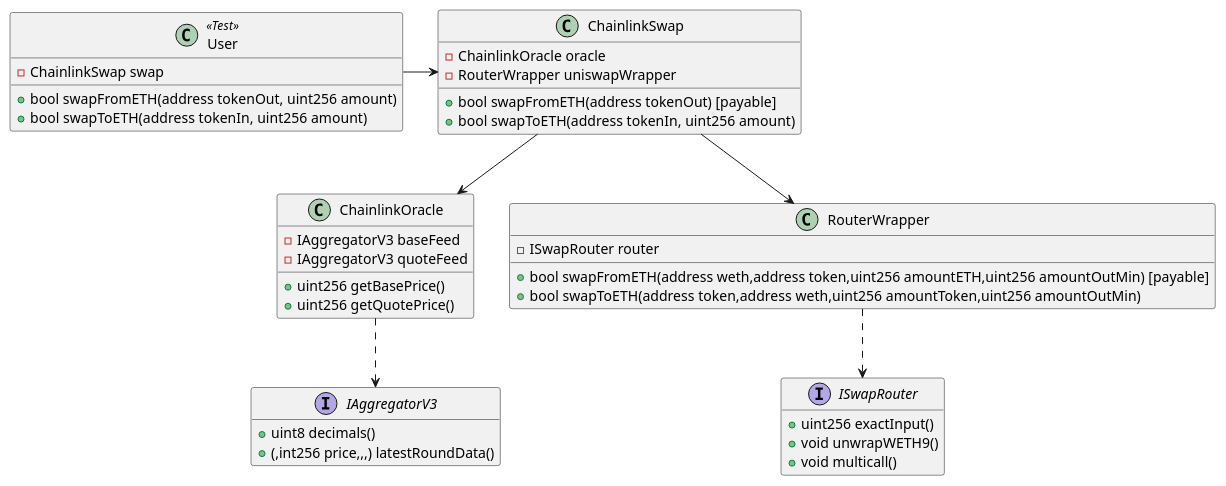
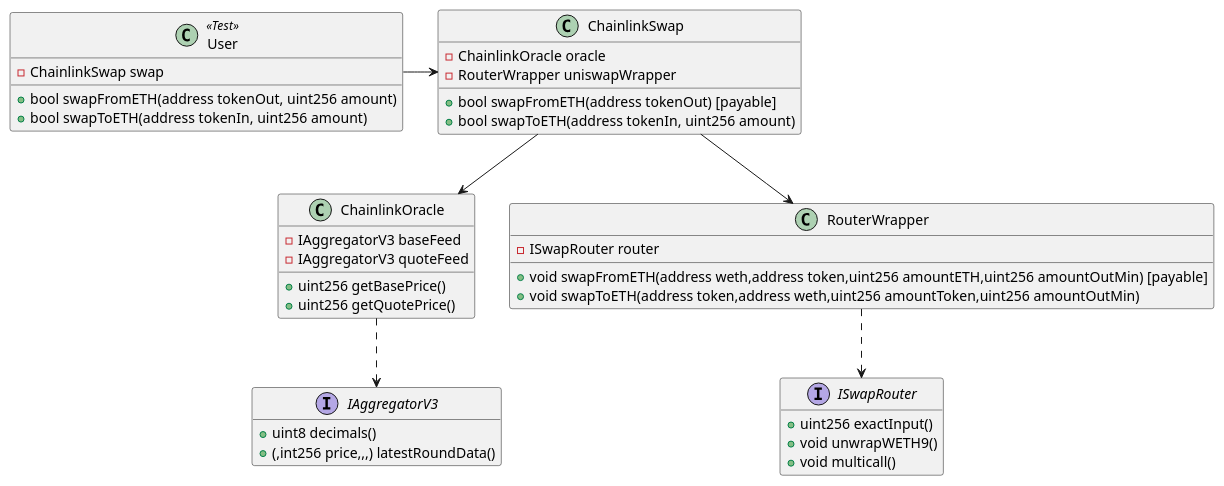
Before and after one commit to dimasriat/swap-test: the diagram in diagram.puml, drawn with PlantUML. The commit also changed 5 other files, not shown here.

```diff
--- a/diagram.puml
+++ b/diagram.puml
@@ -1,52 +1,52 @@
 @startuml ChainlinkSwapUML
 
 class ChainlinkSwap {
 	- ChainlinkOracle oracle
 	- RouterWrapper uniswapWrapper
 
 	+ bool swapFromETH(address tokenOut) [payable]
 	+ bool swapToETH(address tokenIn, uint256 amount)
 }
 
 class ChainlinkOracle {
 	- IAggregatorV3 baseFeed
 	- IAggregatorV3 quoteFeed
 
 	+ uint256 getBasePrice()
 	+ uint256 getQuotePrice()
 }
 
 class RouterWrapper {
 	- ISwapRouter router
 
-	+ bool swapFromETH(address weth,address token,uint256 amountETH,uint256 amountOutMin) [payable]
-	+ bool swapToETH(address token,address weth,uint256 amountToken,uint256 amountOutMin)
+	+ void swapFromETH(address weth,address token,uint256 amountETH,uint256 amountOutMin) [payable]
+	+ void swapToETH(address token,address weth,uint256 amountToken,uint256 amountOutMin)
 }
 
 interface ISwapRouter {
 	+ uint256 exactInput()
 	+ void unwrapWETH9()
 	+ void multicall()
 }
 hide ISwapRouter attributes
 
 interface IAggregatorV3 {
 	+ uint8 decimals()
 	+ (,int256 price,,,) latestRoundData()
 }
 hide IAggregatorV3 attributes
 
 ChainlinkSwap --> ChainlinkOracle
 ChainlinkSwap --> RouterWrapper
 RouterWrapper ..> ISwapRouter
 ChainlinkOracle ..> IAggregatorV3
 
 class User << Test >> {
 	- ChainlinkSwap swap
 	
 	+ bool swapFromETH(address tokenOut, uint256 amount)
 	+ bool swapToETH(address tokenIn, uint256 amount)
 }
 User -> ChainlinkSwap
 
 @enduml
```
